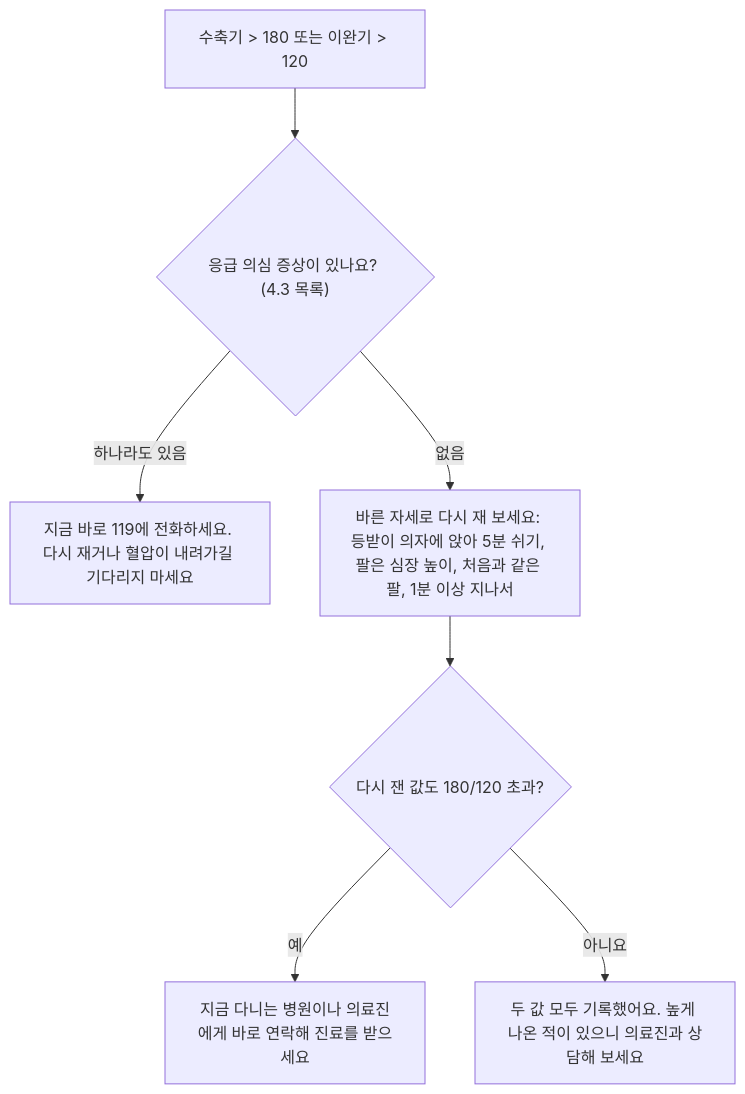
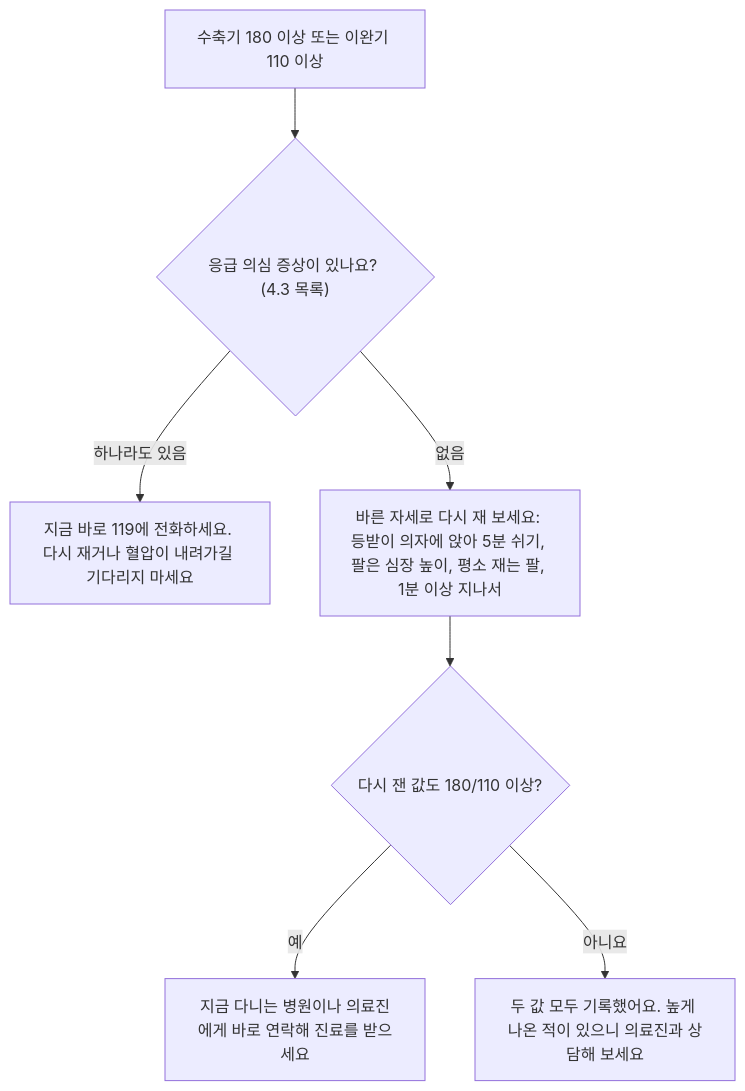
Before and after one commit to AI-HealthCare-07/welloop: the third of 3 diagrams in docs/planning/WELLOOP_챌린지설계_v0.1.md, drawn with Mermaid. The commit also changed other lines of this file, not shown here.

````diff
--- a/docs/planning/WELLOOP_챌린지설계_v0.1.md
+++ b/docs/planning/WELLOOP_챌린지설계_v0.1.md
@@ -635,9 +638,9 @@
   ```mermaid
   flowchart TD
-      A["수축기 > 180 또는 이완기 > 120"] --> B{"응급 의심 증상이 있나요? (4.3 목록)"}
+      A["수축기 180 이상 또는 이완기 110 이상"] --> B{"응급 의심 증상이 있나요? (4.3 목록)"}
       B -->|하나라도 있음| C["지금 바로 119에 전화하세요. 다시 재거나 혈압이 내려가길 기다리지 마세요"]
-      B -->|없음| D["바른 자세로 다시 재 보세요: 등받이 의자에 앉아 5분 쉬기, 팔은 심장 높이, 처음과 같은 팔, 1분 이상 지나서"]
-      D --> E{"다시 잰 값도 180/120 초과?"}
+      B -->|없음| D["바른 자세로 다시 재 보세요: 등받이 의자에 앉아 5분 쉬기, 팔은 심장 높이, 평소 재는 팔, 1분 이상 지나서"]
+      D --> E{"다시 잰 값도 180/110 이상?"}
       E -->|예| F["지금 다니는 병원이나 의료진에게 바로 연락해 진료를 받으세요"]
       E -->|아니요| G["두 값 모두 기록했어요. 높게 나온 적이 있으니 의료진과 상담해 보세요"]
   ```
````
